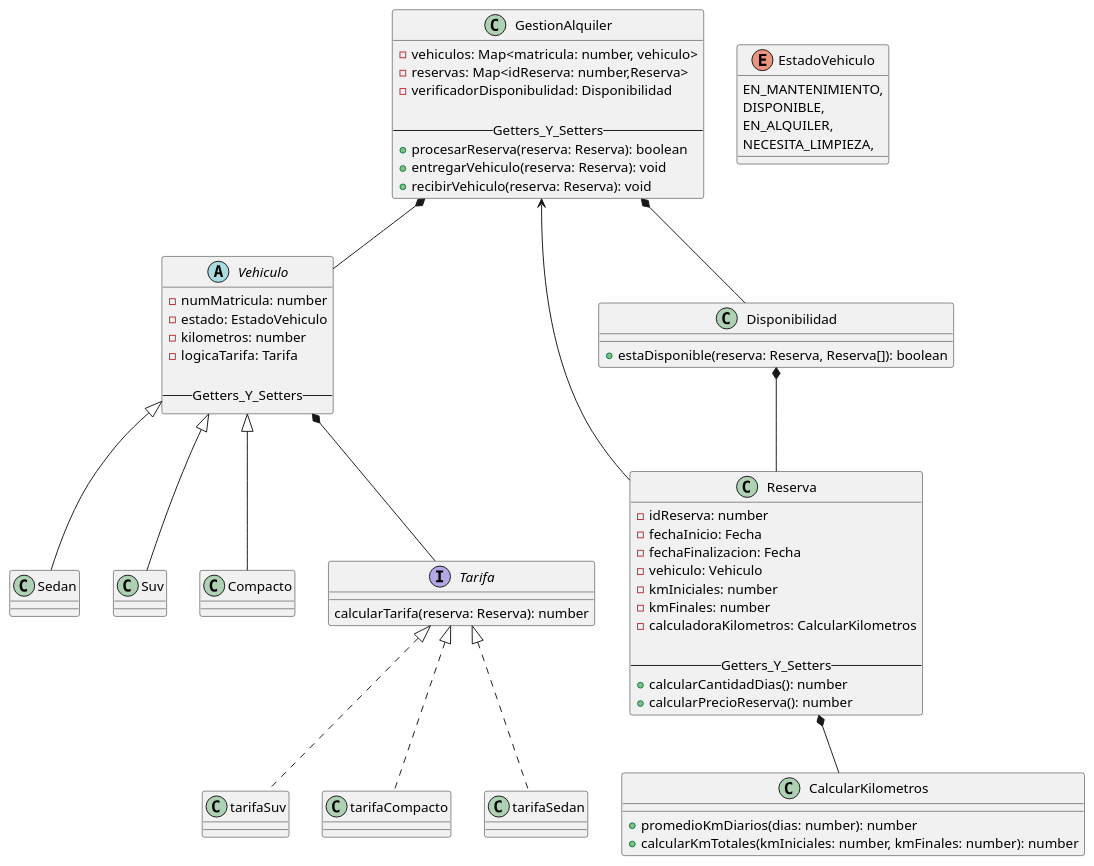
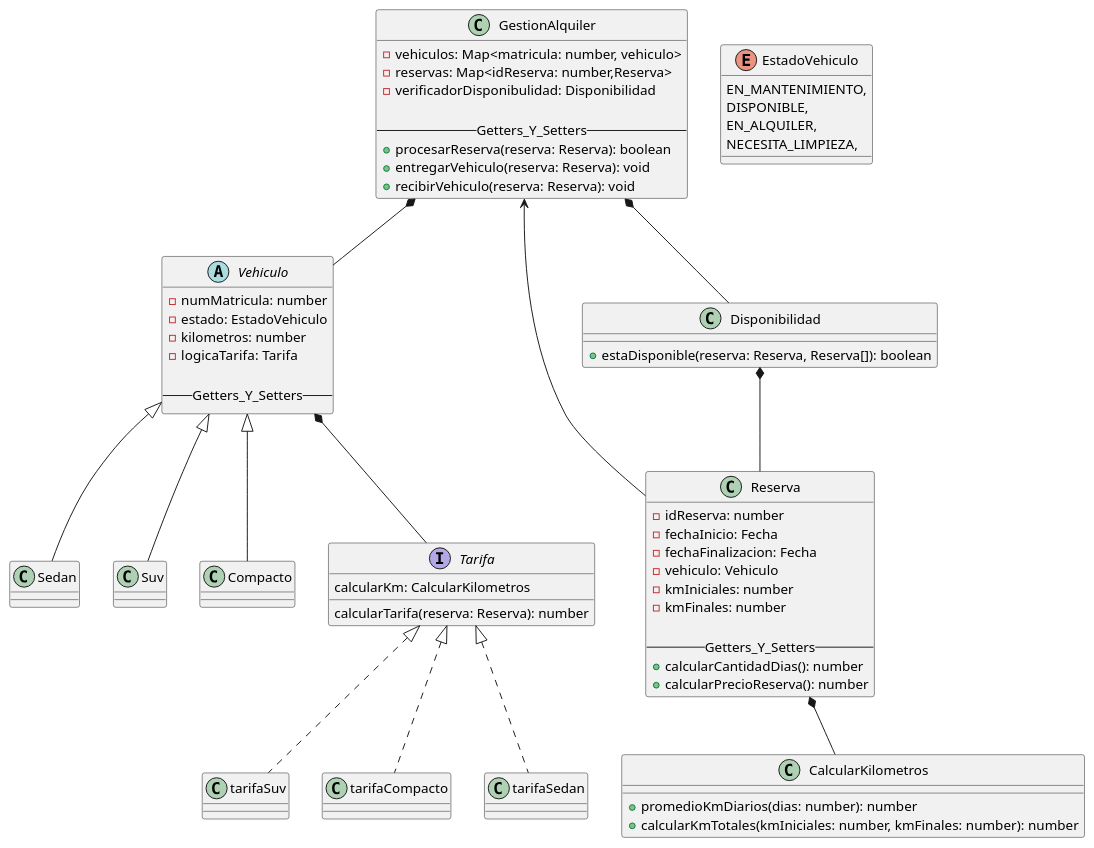
The diagram in diagrama/diagramaDeClasesV2.puml (Nash-Blip/Programaci-n-II), drawn with PlantUML before and after one commit. The commit also changed 6 other files, not shown here.

```diff
--- a/diagrama/diagramaDeClasesV2.puml
+++ b/diagrama/diagramaDeClasesV2.puml
@@ -1,76 +1,76 @@
 @startuml name prototipoTP
 
 abstract class Vehiculo{
     -numMatricula: number
     -estado: EstadoVehiculo
     -kilometros: number
     -logicaTarifa: Tarifa
 
     --Getters_Y_Setters--
 }
 
 class Sedan extends Vehiculo{}
 class Suv extends Vehiculo{}
 class Compacto extends Vehiculo{}
 
 interface Tarifa{
+    calcularKm: CalcularKilometros
     calcularTarifa(reserva: Reserva): number
 }
 
 class tarifaSuv implements Tarifa{}
 
 class tarifaCompacto implements Tarifa{}
 
 class tarifaSedan implements Tarifa{}
 
 class Reserva{
     -idReserva: number
     -fechaInicio: Fecha
     -fechaFinalizacion: Fecha
     -vehiculo: Vehiculo
     -kmIniciales: number
     -kmFinales: number
-    -calculadoraKilometros: CalcularKilometros
 
     --Getters_Y_Setters--
     +calcularCantidadDias(): number
     +calcularPrecioReserva(): number
 }
 
 class CalcularKilometros{
     +promedioKmDiarios(dias: number): number
     +calcularKmTotales(kmIniciales: number, kmFinales: number): number
 }
 
 enum EstadoVehiculo{
     EN_MANTENIMIENTO,
     DISPONIBLE,
     EN_ALQUILER,
     NECESITA_LIMPIEZA,
 }
 
 class GestionAlquiler{
     -vehiculos: Map<matricula: number, vehiculo>
     -reservas: Map<idReserva: number,Reserva>
     -verificadorDisponibulidad: Disponibilidad
 
     --Getters_Y_Setters--
     +procesarReserva(reserva: Reserva): boolean
     +entregarVehiculo(reserva: Reserva): void
     +recibirVehiculo(reserva: Reserva): void
 }
 
 class Disponibilidad{
     +estaDisponible(reserva: Reserva, Reserva[]): boolean
 }
 
 
 ' Relaciones
 Vehiculo *-- Tarifa
 GestionAlquiler *-- Vehiculo
 Disponibilidad *-- Reserva
 Reserva *-- CalcularKilometros
 GestionAlquiler *-- Disponibilidad
 GestionAlquiler <-- Reserva
 
 @enduml
```
